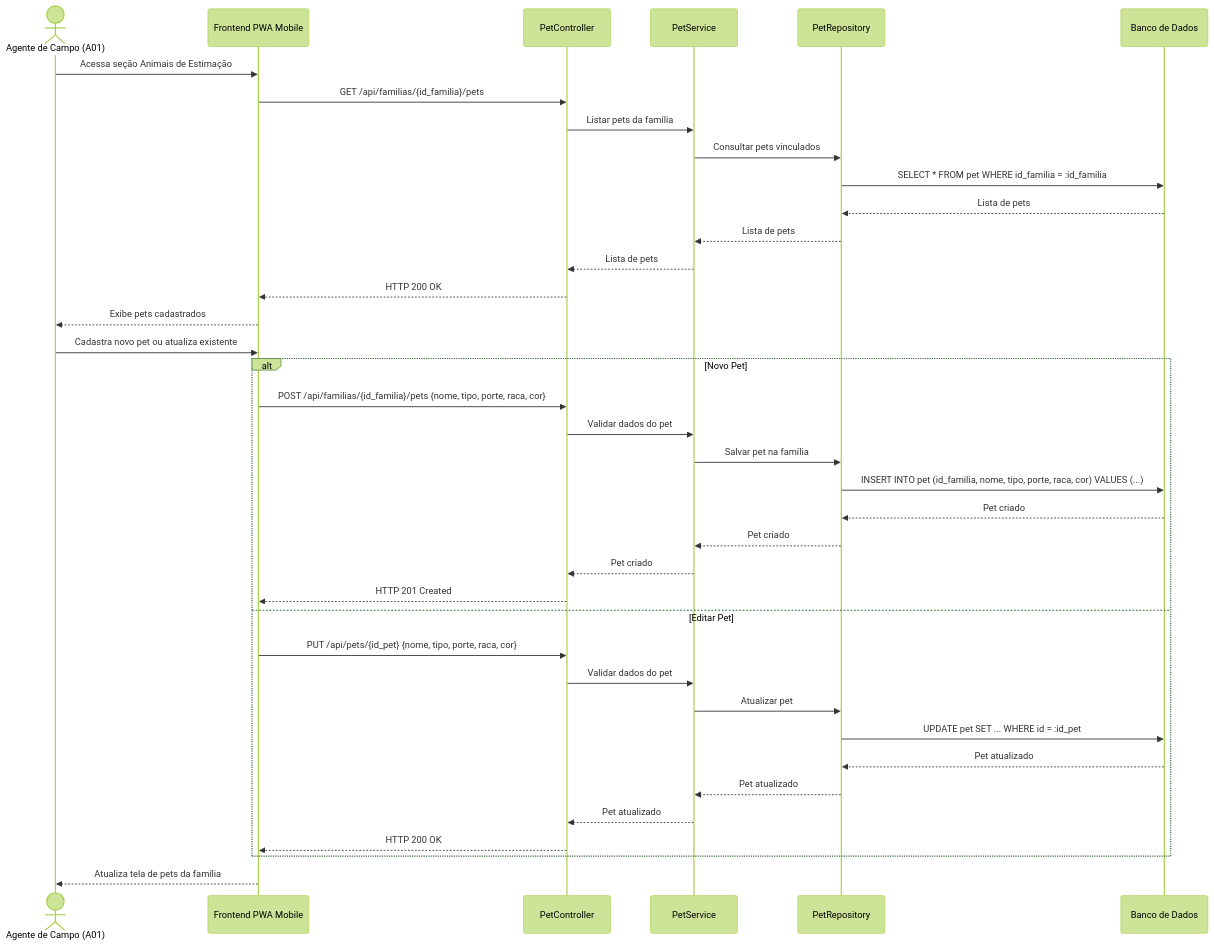
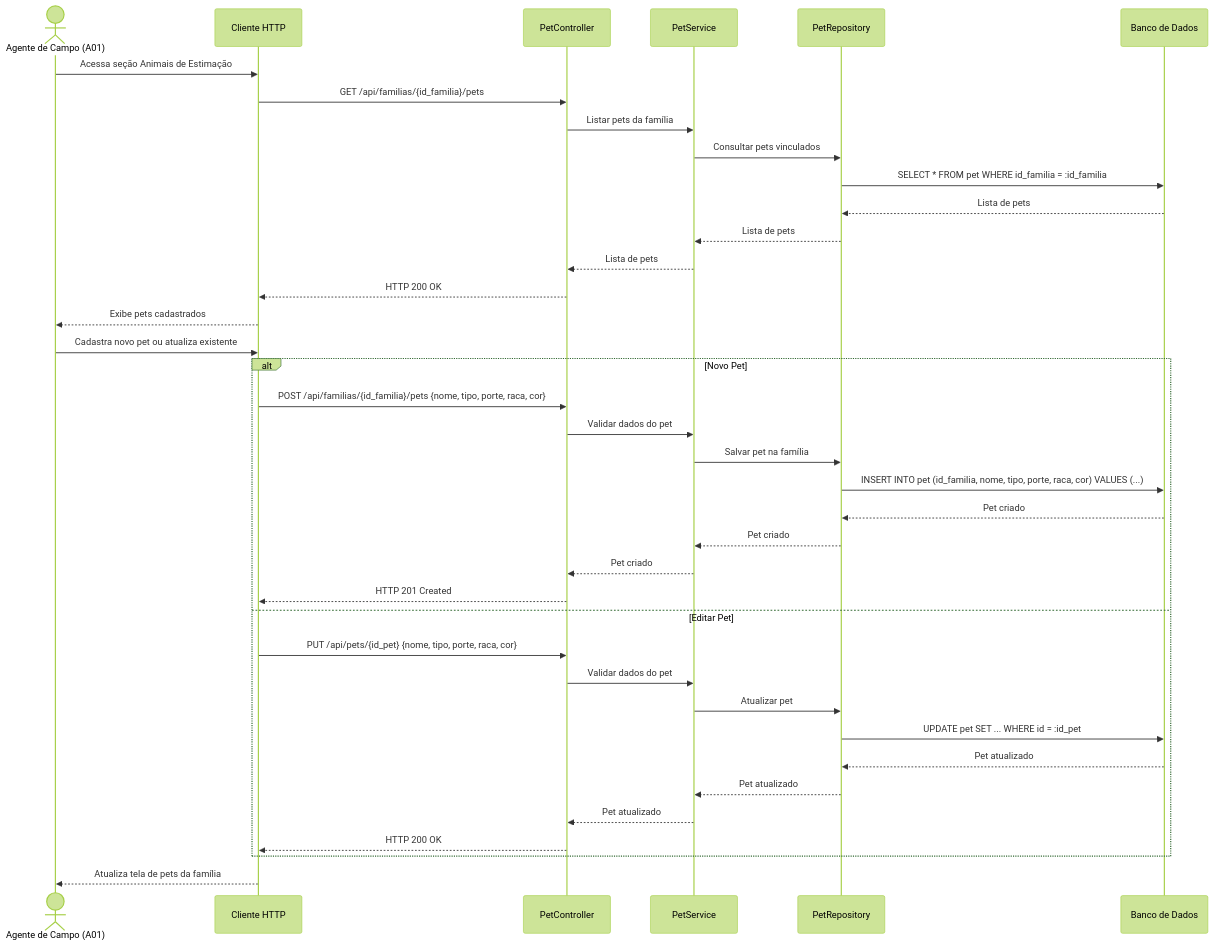
Before and after one commit to davitricarico-wq/g03: the sixth of 12 diagrams in documentos/wad.md, drawn with Mermaid (forest theme). The commit also changed other lines of this file and 1 other file, not shown here.

````diff
--- a/documentos/wad.md
+++ b/documentos/wad.md
@@ -1001,42 +1065,42 @@
 ```mermaid
 sequenceDiagram
     actor Agente as Agente de Campo (A01)
-    participant Frontend as Frontend PWA Mobile
+    participant Frontend as Cliente HTTP
     participant Controller as PetController
     participant Service as PetService
     participant Repository as PetRepository
     participant DB as Banco de Dados
 
     Agente->>Frontend: Acessa seção Animais de Estimação
     Frontend->>Controller: GET /api/familias/{id_familia}/pets
     Controller->>Service: Listar pets da família
     Service->>Repository: Consultar pets vinculados
     Repository->>DB: SELECT * FROM pet WHERE id_familia = :id_familia
     DB-->>Repository: Lista de pets
     Repository-->>Service: Lista de pets
     Service-->>Controller: Lista de pets
     Controller-->>Frontend: HTTP 200 OK
     Frontend-->>Agente: Exibe pets cadastrados
 
     Agente->>Frontend: Cadastra novo pet ou atualiza existente
     alt Novo Pet
         Frontend->>Controller: POST /api/familias/{id_familia}/pets {nome, tipo, porte, raca, cor}
         Controller->>Service: Validar dados do pet
         Service->>Repository: Salvar pet na família
         Repository->>DB: INSERT INTO pet (id_familia, nome, tipo, porte, raca, cor) VALUES (...)
         DB-->>Repository: Pet criado
         Repository-->>Service: Pet criado
         Service-->>Controller: Pet criado
         Controller-->>Frontend: HTTP 201 Created
     else Editar Pet
         Frontend->>Controller: PUT /api/pets/{id_pet} {nome, tipo, porte, raca, cor}
         Controller->>Service: Validar dados do pet
         Service->>Repository: Atualizar pet
         Repository->>DB: UPDATE pet SET ... WHERE id = :id_pet
         DB-->>Repository: Pet atualizado
         Repository-->>Service: Pet atualizado
         Service-->>Controller: Pet atualizado
         Controller-->>Frontend: HTTP 200 OK
     end
     Frontend-->>Agente: Atualiza tela de pets da família
 ```
````
